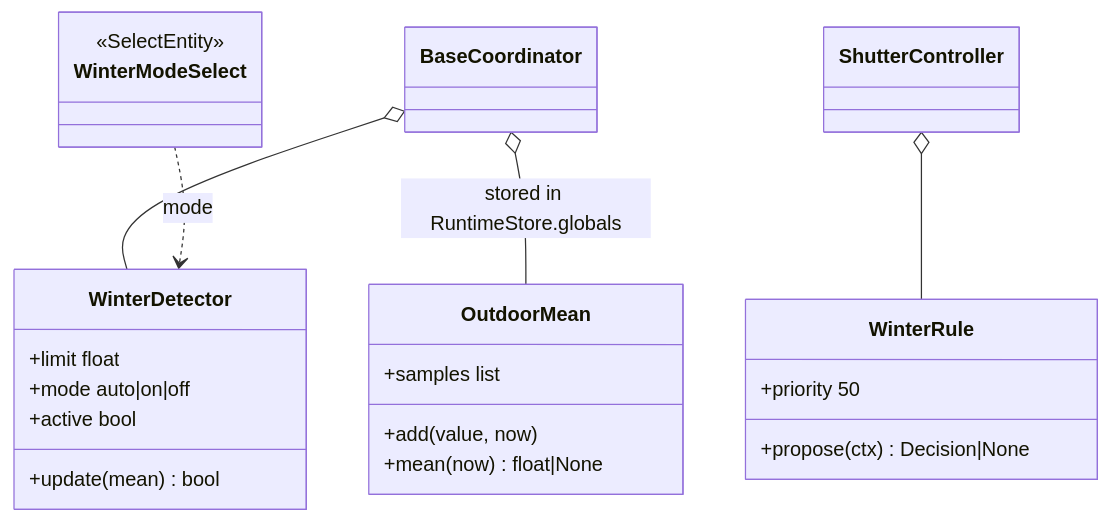
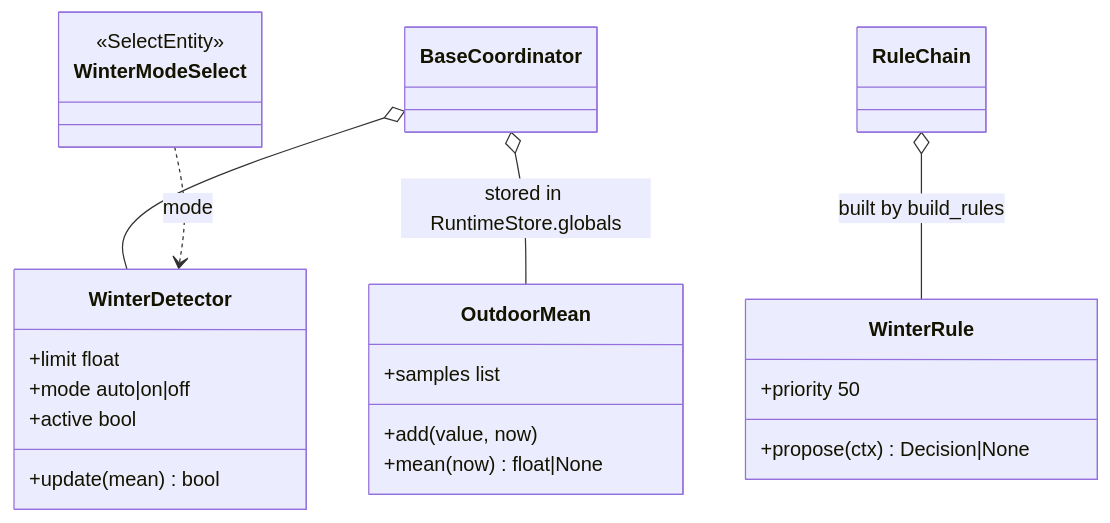
One commit to abroeders/smart-shutter-control changed diagram 19 of 46 in docs/architecture.md. Above: the diagram before and after it, drawn with Mermaid. The commit also changed other lines of this file and 35 other files, not shown here.

````diff
--- a/docs/architecture.md
+++ b/docs/architecture.md
@@ -736,25 +740,25 @@
 ```mermaid
 classDiagram
     class OutdoorMean {
         +samples list
         +add(value, now)
         +mean(now) float|None
     }
     class WinterDetector {
         +limit float
         +mode auto|on|off
         +active bool
         +update(mean) bool
     }
     class WinterRule {
         +priority 50
         +propose(ctx) Decision|None
     }
     class WinterModeSelect {
         <<SelectEntity>>
     }
     BaseCoordinator o-- OutdoorMean : stored in RuntimeStore.globals
     BaseCoordinator o-- WinterDetector
     WinterModeSelect ..> WinterDetector : mode
-    ShutterController o-- WinterRule
+    RuleChain o-- WinterRule : built by build_rules
 ```
````
